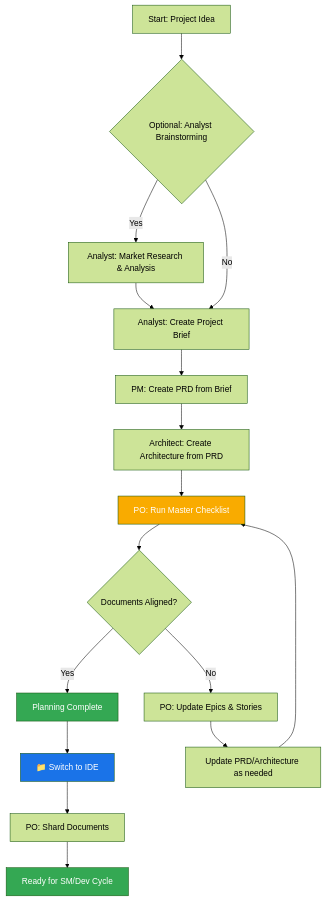
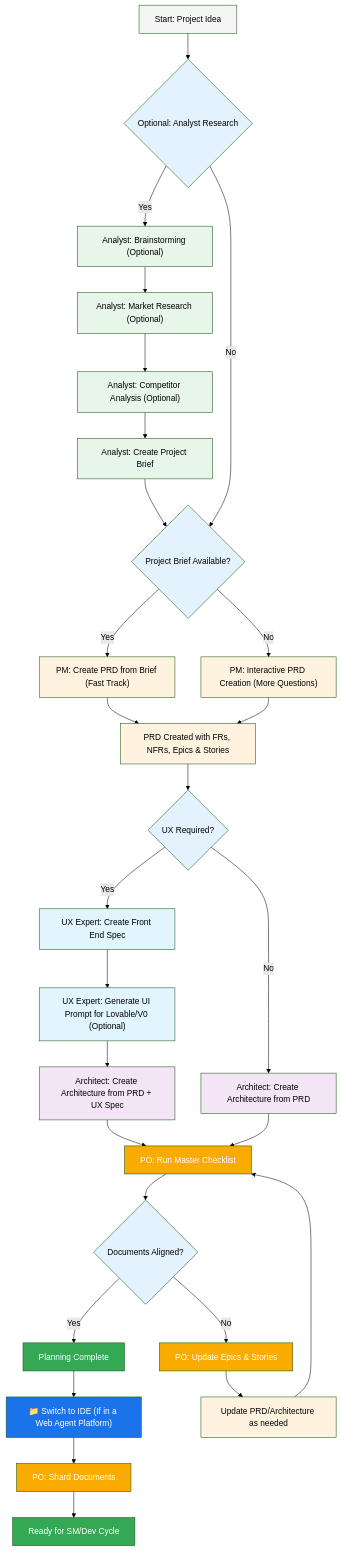
The first of 2 diagrams in docs/user-guide.md (zsutxz/BMAD-METHOD), drawn with Mermaid (forest theme) before and after one commit. The commit also changed other lines of this file and 9 other files, not shown here.

Commit message:
fix: enhanced user guide with better diagrams

````diff
--- a/docs/user-guide.md
+++ b/docs/user-guide.md
@@ -249,23 +13,53 @@
 ```mermaid
 graph TD
-    A["Start: Project Idea"] --> B{"Optional: Analyst Brainstorming"}
-    B -->|Yes| C["Analyst: Market Research & Analysis"]
-    B -->|No| D["Create Project Brief"]
-    C --> D["Analyst: Create Project Brief"]
-    D --> E["PM: Create PRD from Brief"]
-    E --> F["Architect: Create Architecture from PRD"]
-    F --> G["PO: Run Master Checklist"]
-    G --> H{"Documents Aligned?"}
-    H -->|Yes| I["Planning Complete"]
-    H -->|No| J["PO: Update Epics & Stories"]
-    J --> K["Update PRD/Architecture as needed"]
-    K --> G
-    I --> L["📁 Switch to IDE"]
-    L --> M["PO: Shard Documents"]
-    M --> N["Ready for SM/Dev Cycle"]
+    A["Start: Project Idea"] --> B{"Optional: Analyst Research"}
+    B -->|Yes| C["Analyst: Brainstorming (Optional)"]
+    B -->|No| G{"Project Brief Available?"}
+    C --> C2["Analyst: Market Research (Optional)"]
+    C2 --> C3["Analyst: Competitor Analysis (Optional)"]
+    C3 --> D["Analyst: Create Project Brief"]
+    D --> G
+    G -->|Yes| E["PM: Create PRD from Brief (Fast Track)"]
+    G -->|No| E2["PM: Interactive PRD Creation (More Questions)"]
+    E --> F["PRD Created with FRs, NFRs, Epics & Stories"]
+    E2 --> F
+    F --> F2{"UX Required?"}
+    F2 -->|Yes| F3["UX Expert: Create Front End Spec"]
+    F2 -->|No| H["Architect: Create Architecture from PRD"]
+    F3 --> F4["UX Expert: Generate UI Prompt for Lovable/V0 (Optional)"]
+    F4 --> H2["Architect: Create Architecture from PRD + UX Spec"]
+    H --> I["PO: Run Master Checklist"]
+    H2 --> I
+    I --> J{"Documents Aligned?"}
+    J -->|Yes| K["Planning Complete"]
+    J -->|No| L["PO: Update Epics & Stories"]
+    L --> M["Update PRD/Architecture as needed"]
+    M --> I
+    K --> N["📁 Switch to IDE (If in a Web Agent Platform)"]
+    N --> O["PO: Shard Documents"]
+    O --> P["Ready for SM/Dev Cycle"]
 
-    style I fill:#34a853,color:#fff
-    style G fill:#f9ab00,color:#fff
-    style L fill:#1a73e8,color:#fff
-    style N fill:#34a853,color:#fff
+    style A fill:#f5f5f5,color:#000
+    style B fill:#e3f2fd,color:#000
+    style C fill:#e8f5e9,color:#000
+    style C2 fill:#e8f5e9,color:#000
+    style C3 fill:#e8f5e9,color:#000
+    style D fill:#e8f5e9,color:#000
+    style E fill:#fff3e0,color:#000
+    style E2 fill:#fff3e0,color:#000
+    style F fill:#fff3e0,color:#000
+    style F2 fill:#e3f2fd,color:#000
+    style F3 fill:#e1f5fe,color:#000
+    style F4 fill:#e1f5fe,color:#000
+    style G fill:#e3f2fd,color:#000
+    style H fill:#f3e5f5,color:#000
+    style H2 fill:#f3e5f5,color:#000
+    style I fill:#f9ab00,color:#fff
+    style J fill:#e3f2fd,color:#000
+    style K fill:#34a853,color:#fff
+    style L fill:#f9ab00,color:#fff
+    style M fill:#fff3e0,color:#000
+    style N fill:#1a73e8,color:#fff
+    style O fill:#f9ab00,color:#fff
+    style P fill:#34a853,color:#fff
 ```
````
